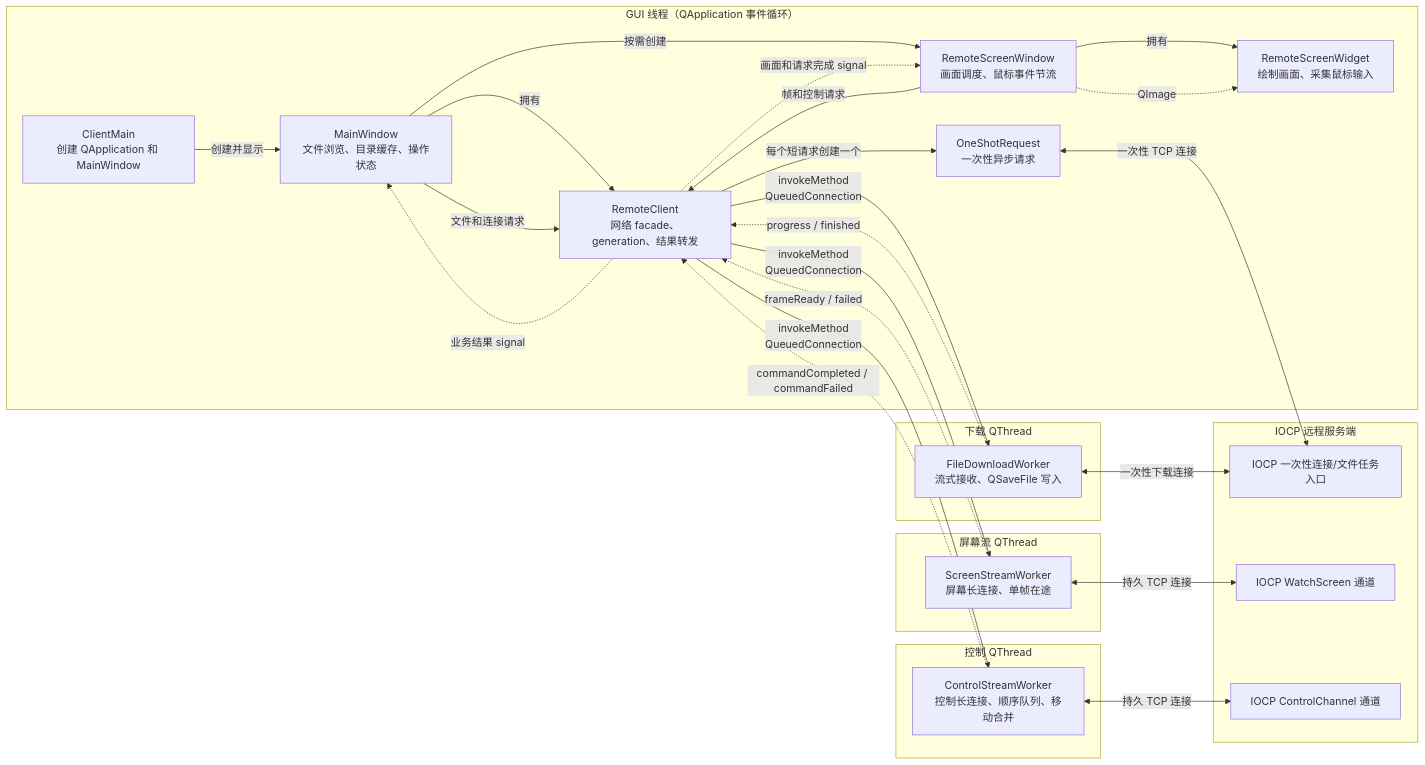
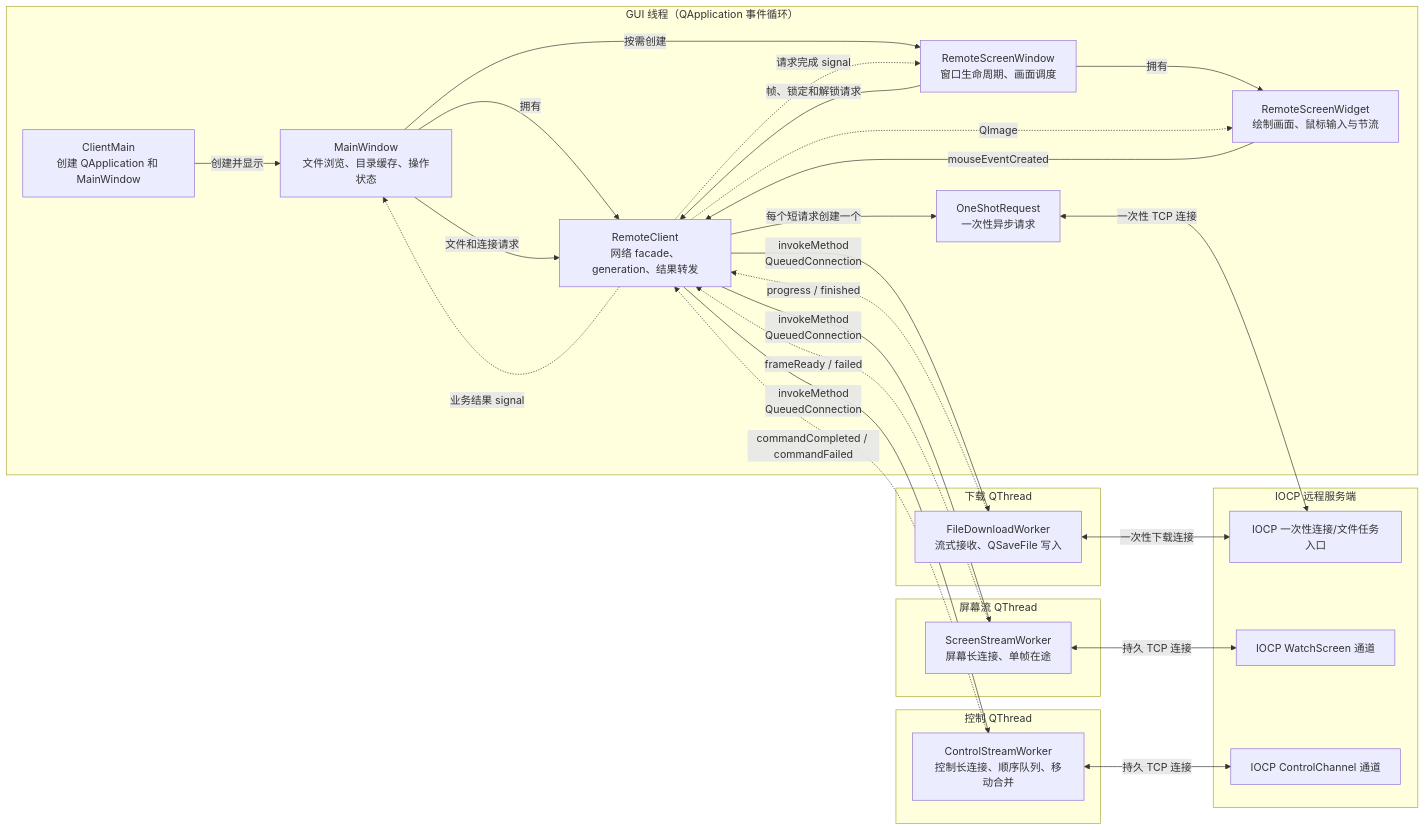
Before and after one commit to slimesq/remote_control: the diagram in docs/ClientArchitecture.md, drawn with Mermaid. The commit also changed other lines of this file and 46 other files, not shown here.

````diff
--- a/docs/ClientArchitecture.md
+++ b/docs/ClientArchitecture.md
@@ -13,53 +13,54 @@
 ```mermaid
 flowchart LR
     subgraph GuiThread["GUI 线程（QApplication 事件循环）"]
         ClientMain["ClientMain<br/>创建 QApplication 和 MainWindow"]
         MainWindow["MainWindow<br/>文件浏览、目录缓存、操作状态"]
-        RemoteScreenWindow["RemoteScreenWindow<br/>画面调度、鼠标事件节流"]
-        ScreenWidget["RemoteScreenWidget<br/>绘制画面、采集鼠标输入"]
+        RemoteScreenWindow["RemoteScreenWindow<br/>窗口生命周期、画面调度"]
+        ScreenWidget["RemoteScreenWidget<br/>绘制画面、鼠标输入与节流"]
         RemoteClient["RemoteClient<br/>网络 facade、generation、结果转发"]
         OneShotRequest["OneShotRequest<br/>一次性异步请求"]
 
         ClientMain -->|"创建并显示"| MainWindow
         MainWindow -->|"拥有"| RemoteClient
         MainWindow -->|"按需创建"| RemoteScreenWindow
         RemoteScreenWindow -->|"拥有"| ScreenWidget
         MainWindow -->|"文件和连接请求"| RemoteClient
-        RemoteScreenWindow -->|"帧和控制请求"| RemoteClient
+        RemoteScreenWindow -->|"帧、锁定和解锁请求"| RemoteClient
+        ScreenWidget -->|"mouseEventCreated"| RemoteClient
         RemoteClient -->|"每个短请求创建一个"| OneShotRequest
         RemoteClient -.->|"业务结果 signal"| MainWindow
-        RemoteClient -.->|"画面和请求完成 signal"| RemoteScreenWindow
-        RemoteScreenWindow -.->|"QImage"| ScreenWidget
+        RemoteClient -.->|"请求完成 signal"| RemoteScreenWindow
+        RemoteClient -.->|"QImage"| ScreenWidget
     end
 
     subgraph ScreenStreamThread["屏幕流 QThread"]
         ScreenStreamWorker["ScreenStreamWorker<br/>屏幕长连接、单帧在途"]
     end
 
     subgraph ControlThread["控制 QThread"]
         ControlWorker["ControlStreamWorker<br/>控制长连接、顺序队列、移动合并"]
     end
 
     subgraph DownloadThread["下载 QThread"]
         FileDownloadWorker["FileDownloadWorker<br/>流式接收、QSaveFile 写入"]
     end
 
     subgraph RemoteControlServer["IOCP 远程服务端"]
         OneShotEndpoint["IOCP 一次性连接/文件任务入口"]
         ScreenStreamEndpoint["IOCP WatchScreen 通道"]
         ControlEndpoint["IOCP ControlChannel 通道"]
     end
 
     RemoteClient -->|"invokeMethod<br/>QueuedConnection"| ScreenStreamWorker
     RemoteClient -->|"invokeMethod<br/>QueuedConnection"| ControlWorker
     RemoteClient -->|"invokeMethod<br/>QueuedConnection"| FileDownloadWorker
 
     ScreenStreamWorker -.->|"frameReady / failed"| RemoteClient
     ControlWorker -.->|"commandCompleted / commandFailed"| RemoteClient
     FileDownloadWorker -.->|"progress / finished"| RemoteClient
 
     OneShotRequest <-->|"一次性 TCP 连接"| OneShotEndpoint
     FileDownloadWorker <-->|"一次性下载连接"| OneShotEndpoint
     ScreenStreamWorker <-->|"持久 TCP 连接"| ScreenStreamEndpoint
     ControlWorker <-->|"持久 TCP 连接"| ControlEndpoint
 ```
````
